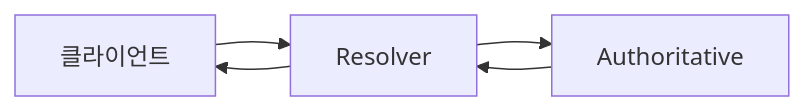
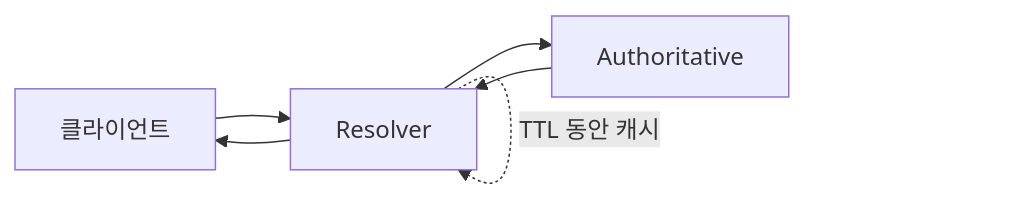
The diagram in public/handbook/core-cs/dns-resolver-vs-authoritative.md (gwonmin/QuizNox_front), drawn with Mermaid before and after one commit. The commit also changed other lines of this file and 125 other files, not shown here.

````diff
--- a/public/handbook/core-cs/dns-resolver-vs-authoritative.md
+++ b/public/handbook/core-cs/dns-resolver-vs-authoritative.md
@@ -17,7 +24,8 @@
 ```mermaid
 flowchart LR
   C[클라이언트] --> R[Resolver]
   R --> A[Authoritative]
   A --> R
   R --> C
+  R -.->|TTL 동안 캐시| R
 ```
````
